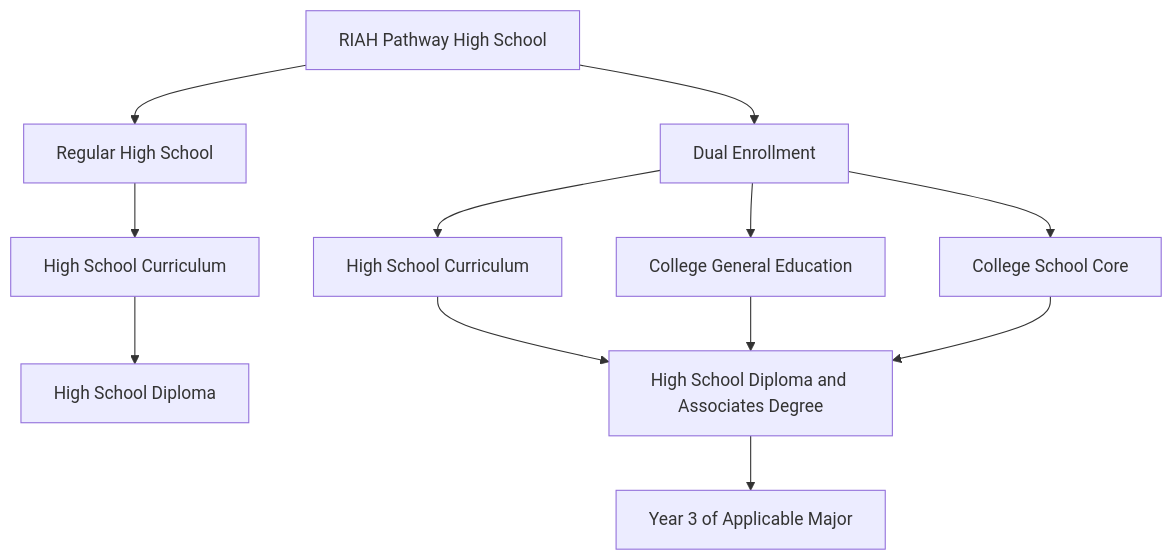
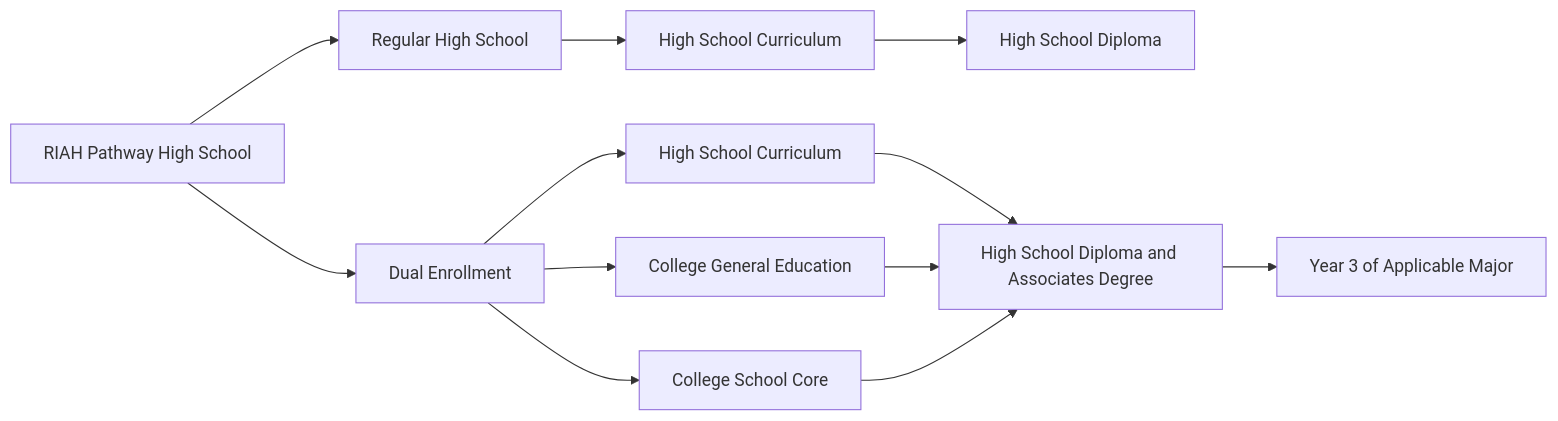
The first of 29 diagrams in RIAH-PATHWAY-CURRICULUM-STRUCTURE/RIAH-PATHWAY-HIGH-SCHOOL-STRUCTURE/HIGH-SCHOOL-STRUCTURE.md (RIAHPathway/Website-Draft), drawn with Mermaid before and after one commit. The commit also changed other lines of this file, not shown here.

Commit message:
Match High School Mermaid diagrams to repository working syntax

````diff
--- a/RIAH-PATHWAY-CURRICULUM-STRUCTURE/RIAH-PATHWAY-HIGH-SCHOOL-STRUCTURE/HIGH-SCHOOL-STRUCTURE.md
+++ b/RIAH-PATHWAY-CURRICULUM-STRUCTURE/RIAH-PATHWAY-HIGH-SCHOOL-STRUCTURE/HIGH-SCHOOL-STRUCTURE.md
@@ -92,14 +92,14 @@
 ```mermaid
-graph TD;
-    A["RIAH Pathway High School"] --> B["Regular High School"];
-    A["RIAH Pathway High School"] --> C["Dual Enrollment"];
-    B["Regular High School"] --> D["High School Curriculum"];
-    D["High School Curriculum"] --> H["High School Diploma"];
-    C["Dual Enrollment"] --> E["High School Curriculum"];
-    C["Dual Enrollment"] --> F["College General Education"];
-    C["Dual Enrollment"] --> G["College School Core"];
-    E["High School Curriculum"] --> I["High School Diploma and Associates Degree"];
-    F["College General Education"] --> I["High School Diploma and Associates Degree"];
-    G["College School Core"] --> I["High School Diploma and Associates Degree"];
-    I["High School Diploma and Associates Degree"] --> J["Year 3 of Applicable Major"];
+graph LR
+    A["RIAH Pathway High School"] --> B["Regular High School"]
+    A["RIAH Pathway High School"] --> C["Dual Enrollment"]
+    B["Regular High School"] --> D["High School Curriculum"]
+    D["High School Curriculum"] --> H["High School Diploma"]
+    C["Dual Enrollment"] --> E["High School Curriculum"]
+    C["Dual Enrollment"] --> F["College General Education"]
+    C["Dual Enrollment"] --> G["College School Core"]
+    E["High School Curriculum"] --> I["High School Diploma and Associates Degree"]
+    F["College General Education"] --> I["High School Diploma and Associates Degree"]
+    G["College School Core"] --> I["High School Diploma and Associates Degree"]
+    I["High School Diploma and Associates Degree"] --> J["Year 3 of Applicable Major"]
 ```
````
